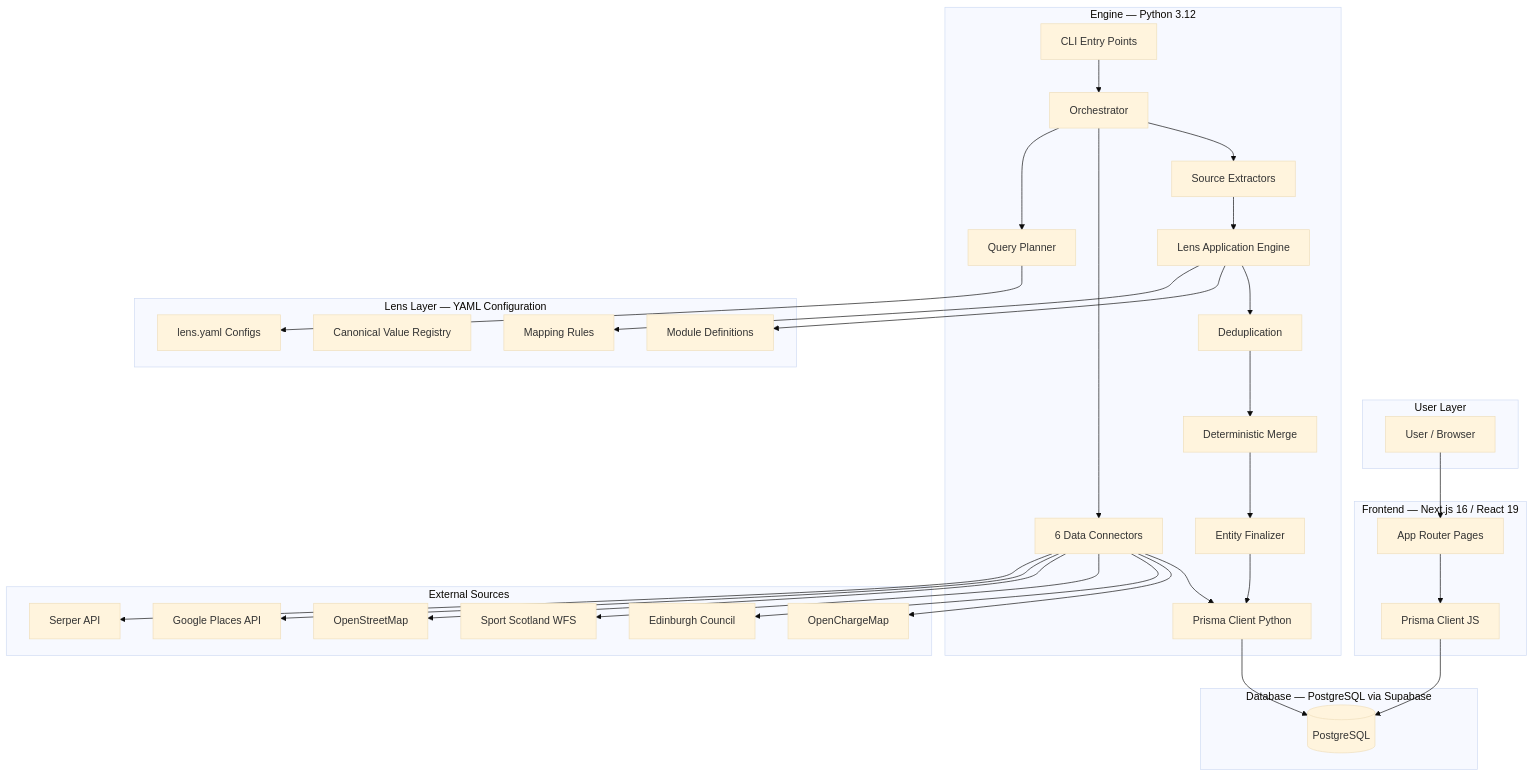
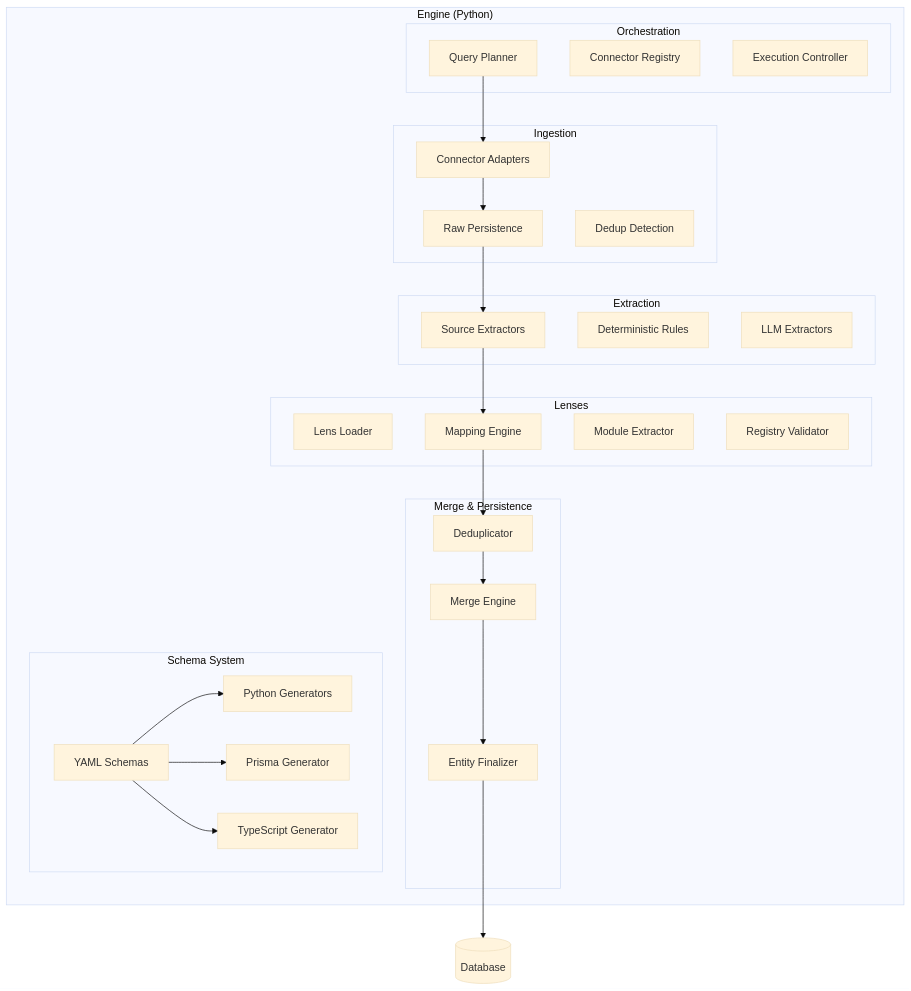
Before and after one commit to LarjGit/edinburgh-finds: the fourth of 6 diagrams in docs/generated/ARCHITECTURE.md, drawn with Mermaid (base theme). The commit also changed other lines of this file and 10 other files, not shown here.

First line of the commit message:
docs: regenerate ARCHITECTURE.md with comprehensive system documentation

````diff
--- a/docs/generated/ARCHITECTURE.md
+++ b/docs/generated/ARCHITECTURE.md
@@ -20,59 +2393,55 @@
 ```mermaid
-graph TD
-    subgraph "User Layer"
-        User[User / Browser]
+graph TB
+    subgraph "Engine (Python)"
+        subgraph "Orchestration"
+            O1[Query Planner]
+            O2[Connector Registry]
+            O3[Execution Controller]
+        end
+
+        subgraph "Ingestion"
+            I1[Connector Adapters]
+            I2[Raw Persistence]
+            I3[Dedup Detection]
+        end
+
+        subgraph "Extraction"
+            EX1[Source Extractors]
+            EX2[Deterministic Rules]
+            EX3[LLM Extractors]
+        end
+
+        subgraph "Lenses"
+            LE1[Lens Loader]
+            LE2[Mapping Engine]
+            LE3[Module Extractor]
+            LE4[Registry Validator]
+        end
+
+        subgraph "Merge & Persistence"
+            M1[Deduplicator]
+            M2[Merge Engine]
+            M3[Entity Finalizer]
+        end
+
+        subgraph "Schema System"
+            S1[YAML Schemas]
+            S2[Python Generators]
+            S3[Prisma Generator]
+            S4[TypeScript Generator]
+        end
     end
 
-    subgraph "Frontend — Next.js 16 / React 19"
-        Pages[App Router Pages]
-        Prisma_FE[Prisma Client JS]
-    end
+    O1 --> I1
+    I1 --> I2
+    I2 --> EX1
+    EX1 --> LE2
+    LE2 --> M1
+    M1 --> M2
+    M2 --> M3
+    M3 --> DB[(Database)]
 
-    subgraph "Database — PostgreSQL via Supabase"
-        DB[(PostgreSQL)]
-    end
-
-    subgraph "Engine — Python 3.12"
-        CLI[CLI Entry Points]
-        Orchestrator[Orchestrator]
-        Planner[Query Planner]
-        Connectors[6 Data Connectors]
-        Extractors[Source Extractors]
-        LensApp[Lens Application Engine]
-        Dedup[Deduplication]
-        Merge[Deterministic Merge]
-        Finalizer[Entity Finalizer]
-        Prisma_BE[Prisma Client Python]
-    end
-
-    subgraph "Lens Layer — YAML Configuration"
-        LensConfig[lens.yaml Configs]
-        CanonicalRegistry[Canonical Value Registry]
-        MappingRules[Mapping Rules]
-        ModuleDefs[Module Definitions]
-    end
-
-    subgraph "External Sources"
-        Serper[Serper API]
-        Google[Google Places API]
-        OSM[OpenStreetMap]
-        SportScot[Sport Scotland WFS]
-        Council[Edinburgh Council]
-        ChargeMap[OpenChargeMap]
-    end
-
-    User --> Pages
-    Pages --> Prisma_FE --> DB
-
-    CLI --> Orchestrator
-    Orchestrator --> Planner
-    Planner --> LensConfig
-    Orchestrator --> Connectors
-    Connectors --> Serper & Google & OSM & SportScot & Council & ChargeMap
-    Connectors --> Prisma_BE --> DB
-    Orchestrator --> Extractors
-    Extractors --> LensApp
-    LensApp --> MappingRules & ModuleDefs
-    LensApp --> Dedup --> Merge --> Finalizer
-    Finalizer --> Prisma_BE
+    S1 --> S2
+    S1 --> S3
+    S1 --> S4
 ```
````
